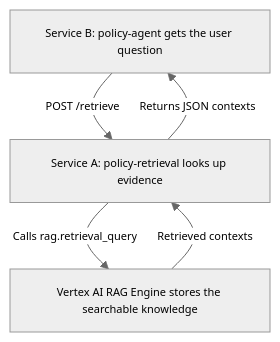
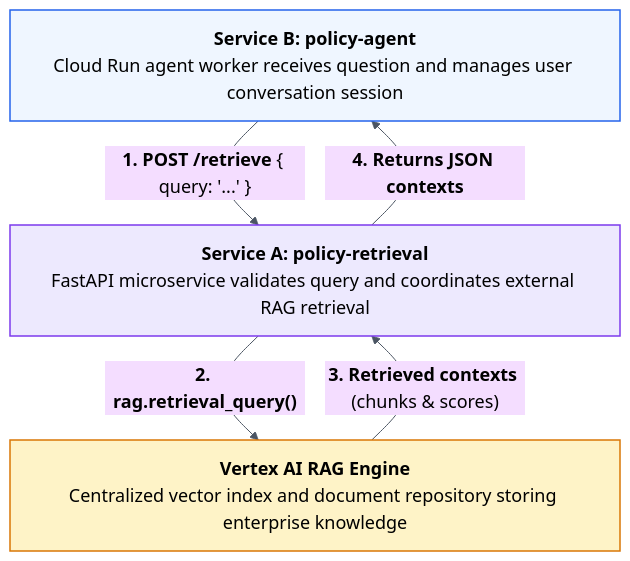
One commit to the-write-path-code/ch10-cloud-agent-patterns changed the diagram in workflow/04-retrieval-service.md. Above: the diagram before and after it, drawn with Mermaid. The commit also changed other lines of this file and 7 other files, not shown here.

Commit message:
chore(workflow): upgrade diagrams to Wiley-IEEE monograph art and typography specifications

````diff
--- a/workflow/04-retrieval-service.md
+++ b/workflow/04-retrieval-service.md
@@ -13,8 +9,20 @@
 ```mermaid
-%%{init: {"theme": "neutral", "themeVariables": {"fontFamily": "Arial, Helvetica, sans-serif", "fontSize": "11px", "actorFontSize": "11px", "noteFontSize": "10px", "messageFontSize": "10px"}}}%%
+%%{init: {"theme": "base", "themeVariables": {"fontFamily": "Arial, Helvetica, sans-serif", "fontSize": "18px", "primaryTextColor": "#000000", "lineColor": "#4B5563"}}}%%
 flowchart TD
-    A[Service B: policy-agent gets the user question] -->|POST /retrieve| B[Service A: policy-retrieval looks up evidence]
-    B -->|Calls rag.retrieval_query| C[Vertex AI RAG Engine stores the searchable knowledge]
-    C -->|Retrieved contexts| B
-    B -->|Returns JSON contexts| A
+    A["<div style='min-width: 550px;'><b>Service B: policy-agent</b><br/>Cloud Run agent worker receives question and manages user conversation session</div>"]
+    B["<div style='min-width: 550px;'><b>Service A: policy-retrieval</b><br/>FastAPI microservice validates query and coordinates external RAG retrieval</div>"]
+    C["<div style='min-width: 550px;'><b>Vertex AI RAG Engine</b><br/>Centralized vector index and document repository storing enterprise knowledge</div>"]
+
+    A -->|"<b>1. POST /retrieve</b> { query: '...' }"| B
+    B -->|"<b>2. rag.retrieval_query()</b>"| C
+    C -->|"<b>3. Retrieved contexts</b> (chunks & scores)"| B
+    B -->|"<b>4. Returns JSON contexts</b>"| A
+
+    classDef b fill:#EFF6FF,stroke:#2563EB,stroke-width:1.5px,color:#000000
+    classDef a fill:#EDE9FE,stroke:#7C3AED,stroke-width:1.5px,color:#000000
+    classDef c fill:#FEF3C7,stroke:#D97706,stroke-width:1.5px,color:#000000
+
+    class A b
+    class B a
+    class C c
 ```
````
